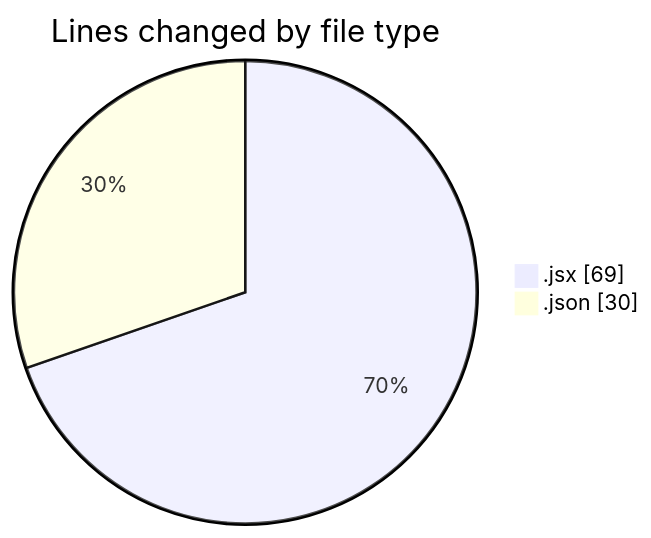
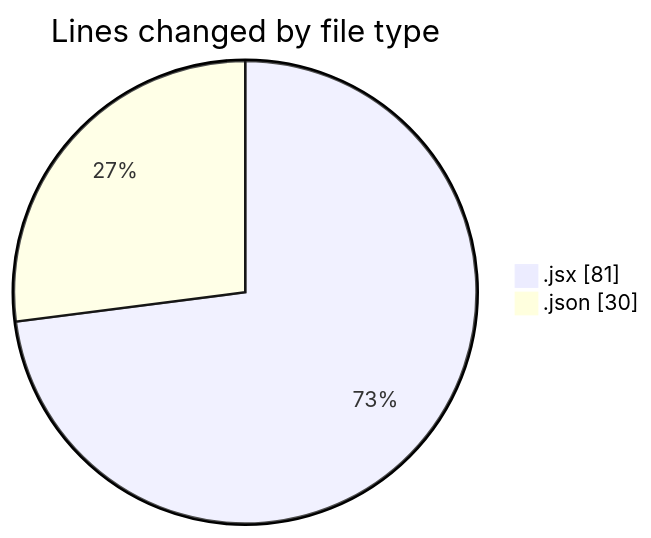
The first of 2 diagrams in 2025-01-30/react/README.md (Elitesun/code-tracking), drawn with Mermaid before and after one commit. The commit also changed other lines of this file and 1 other file, not shown here.

````diff
--- a/2025-01-30/react/README.md
+++ b/2025-01-30/react/README.md
@@ -22,6 +22,6 @@
 ```mermaid
 pie showData
 title Lines changed by file type
-".jsx" : 69
+".jsx" : 81
 ".json" : 30
 ```
````
